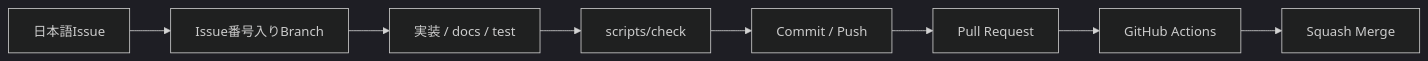
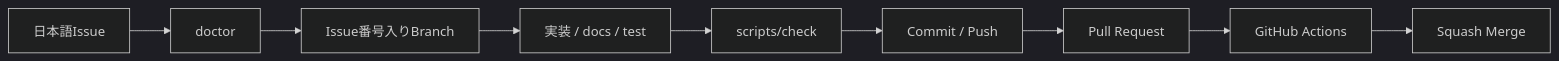
The first of 4 diagrams in docs/DEVELOPMENT.md (k-systems202208/python-sqlite-tailscale-webapp-template), drawn with Mermaid (dark theme) before and after one commit. The commit also changed other lines of this file and 10 other files, not shown here.

````diff
--- a/docs/DEVELOPMENT.md
+++ b/docs/DEVELOPMENT.md
@@ -7,10 +7,11 @@
 ```mermaid
 flowchart LR
-    I["日本語Issue"] --> B["Issue番号入りBranch"]
+    I["日本語Issue"] --> D["doctor"]
+    D --> B["Issue番号入りBranch"]
     B --> W["実装 / docs / test"]
     W --> Q["scripts/check"]
     Q --> P["Commit / Push"]
     P --> R["Pull Request"]
     R --> C["GitHub Actions"]
     C --> M["Squash Merge"]
 ```
````
